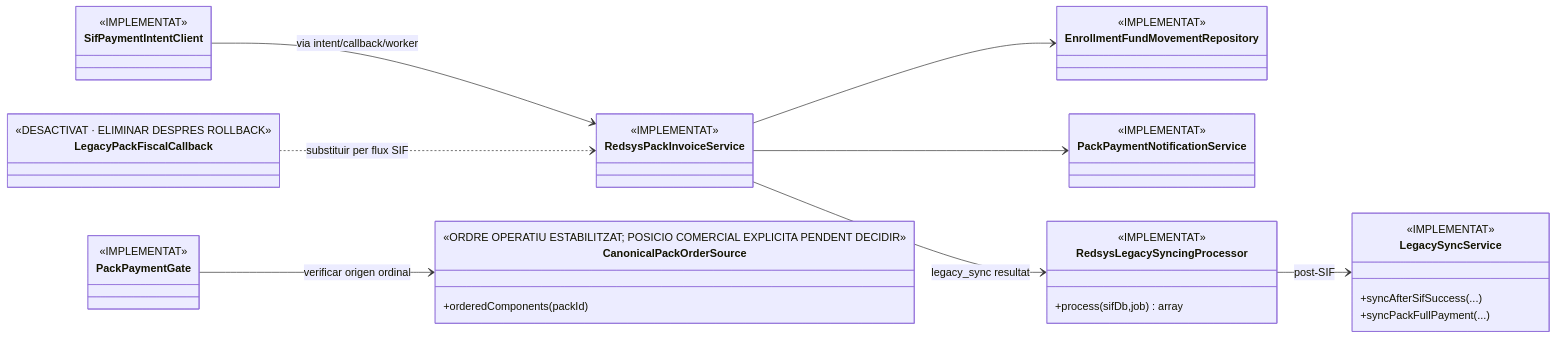
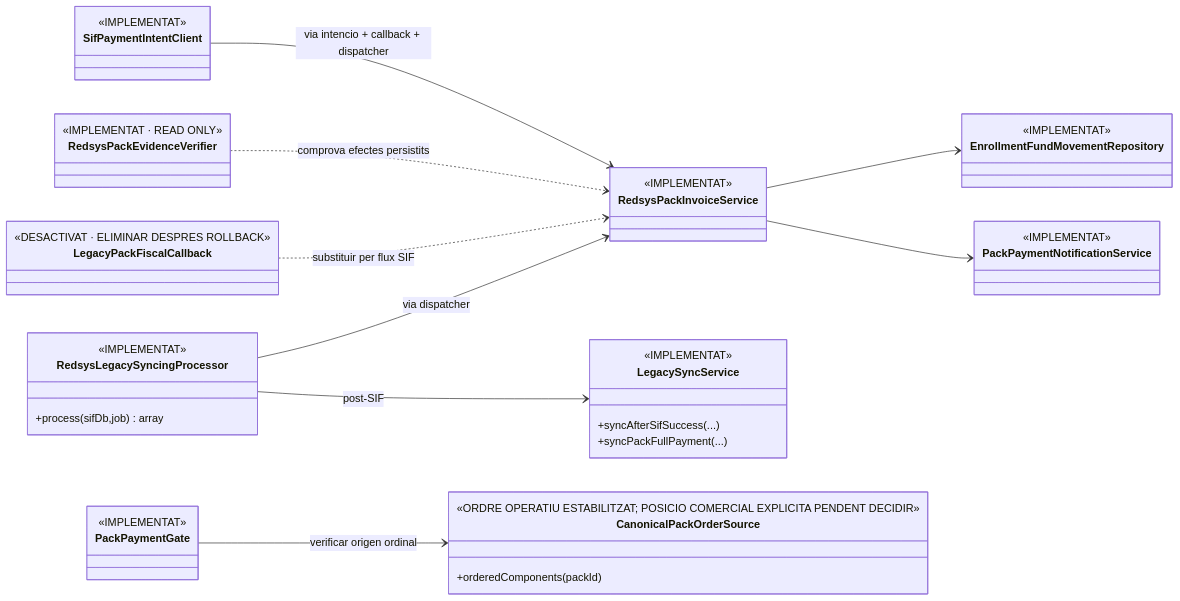
One commit to orgmeriemprismacat-del/verifactu changed the third of 3 diagrams in documentacio/07-uml-integrat/uc-015-classes-actual-final.md. Above: the diagram before and after it, drawn with Mermaid. The commit also changed other lines of this file, not shown here.

````diff
--- a/documentacio/07-uml-integrat/uc-015-classes-actual-final.md
+++ b/documentacio/07-uml-integrat/uc-015-classes-actual-final.md
@@ -145,43 +162,47 @@
 ```mermaid
 classDiagram
 direction LR
 class PackPaymentGate {
   <<IMPLEMENTAT>>
 }
 class SifPaymentIntentClient {
   <<IMPLEMENTAT>>
 }
 class RedsysPackInvoiceService {
   <<IMPLEMENTAT>>
 }
 class EnrollmentFundMovementRepository {
   <<IMPLEMENTAT>>
 }
 class PackPaymentNotificationService {
   <<IMPLEMENTAT>>
+}
+class RedsysPackEvidenceVerifier {
+  <<IMPLEMENTAT · READ ONLY>>
 }
 class LegacyPackFiscalCallback {
   <<DESACTIVAT · ELIMINAR DESPRES ROLLBACK>>
 }
 class CanonicalPackOrderSource {
   <<ORDRE OPERATIU ESTABILITZAT; POSICIO COMERCIAL EXPLICITA PENDENT DECIDIR>>
   +orderedComponents(packId)
 }
 class RedsysLegacySyncingProcessor {
   <<IMPLEMENTAT>>
   +process(sifDb,job) array
 }
 class LegacySyncService {
   <<IMPLEMENTAT>>
   +syncAfterSifSuccess(...)
   +syncPackFullPayment(...)
 }
 
 PackPaymentGate --> CanonicalPackOrderSource : verificar origen ordinal
-SifPaymentIntentClient --> RedsysPackInvoiceService : via intent/callback/worker
+SifPaymentIntentClient --> RedsysPackInvoiceService : via intencio + callback + dispatcher
 RedsysPackInvoiceService --> EnrollmentFundMovementRepository
 RedsysPackInvoiceService --> PackPaymentNotificationService
-RedsysPackInvoiceService --> RedsysLegacySyncingProcessor : legacy_sync resultat
+RedsysLegacySyncingProcessor --> RedsysPackInvoiceService : via dispatcher
 RedsysLegacySyncingProcessor --> LegacySyncService : post-SIF
+RedsysPackEvidenceVerifier ..> RedsysPackInvoiceService : comprova efectes persistits
 LegacyPackFiscalCallback ..> RedsysPackInvoiceService : substituir per flux SIF
 ```
````
